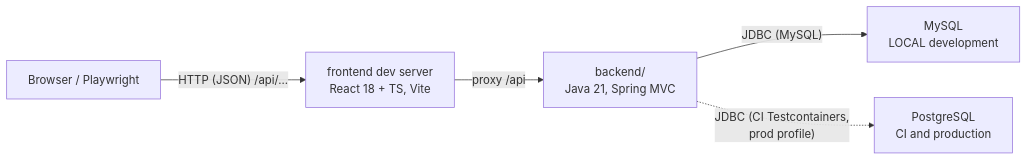
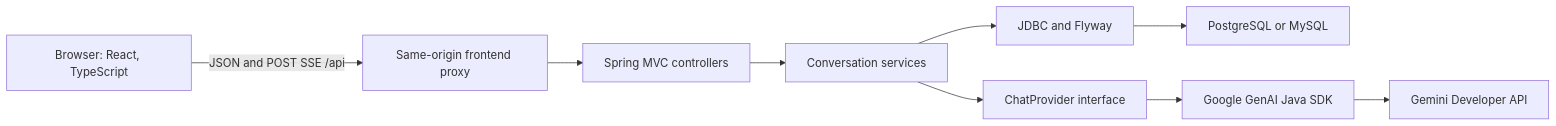
Before and after one commit to leeroy-chakanyuka/chomiii: the diagram in docs/architecture.md, drawn with Mermaid. The commit also changed other lines of this file and 54 other files, not shown here.

Commit message:
Add persistent streaming Gemini chat

````diff
--- a/docs/architecture.md
+++ b/docs/architecture.md
@@ -75,10 +9,11 @@
 ```mermaid
 flowchart LR
-    B["Browser / Playwright"]
-    FS["frontend dev server<br/>React 18 + TS, Vite"]
-    APP["backend/<br/>Java 21, Spring MVC"]
-    B -- "HTTP (JSON) /api/..." --> FS
-    FS -- "proxy /api" --> APP
-    APP -- "JDBC (MySQL)" --> MY["MySQL<br/>LOCAL development"]
-    APP -. "JDBC (CI Testcontainers,<br/>prod profile)" .-> PG["PostgreSQL<br/>CI and production"]
+    B["Browser: React, TypeScript"] -->|"JSON and POST SSE /api"| P["Same-origin frontend proxy"]
+    P --> C["Spring MVC controllers"]
+    C --> S["Conversation services"]
+    S --> R["JDBC and Flyway"]
+    R --> D["PostgreSQL or MySQL"]
+    S --> I["ChatProvider interface"]
+    I --> G["Google GenAI Java SDK"]
+    G --> M["Gemini Developer API"]
 ```
````
